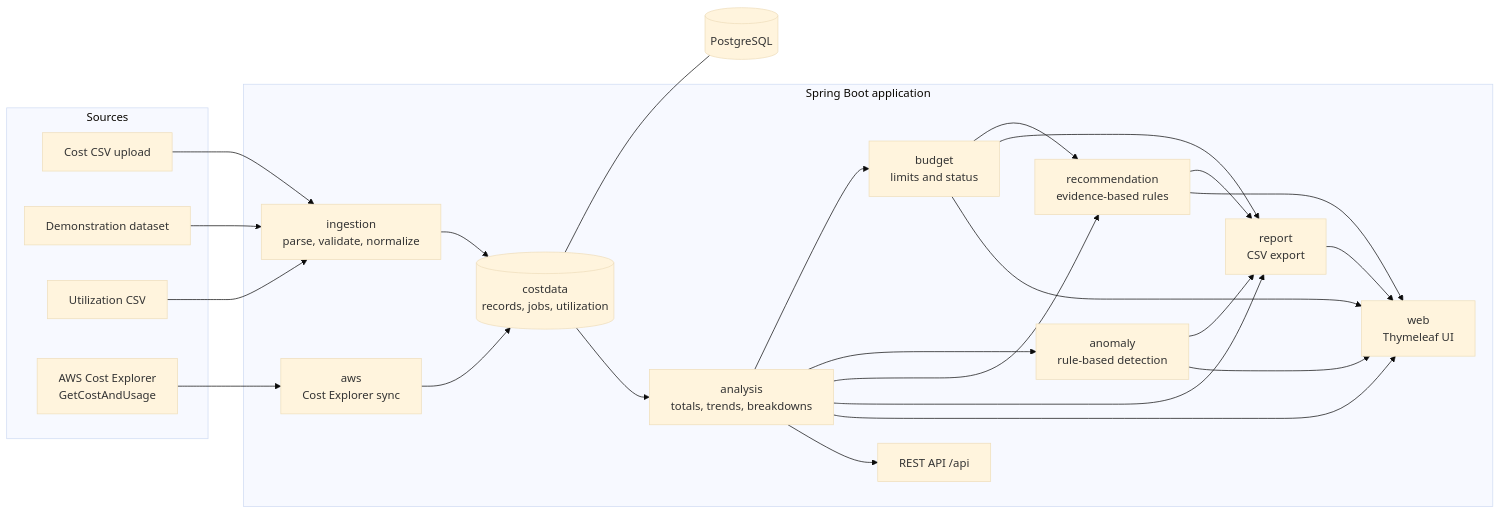
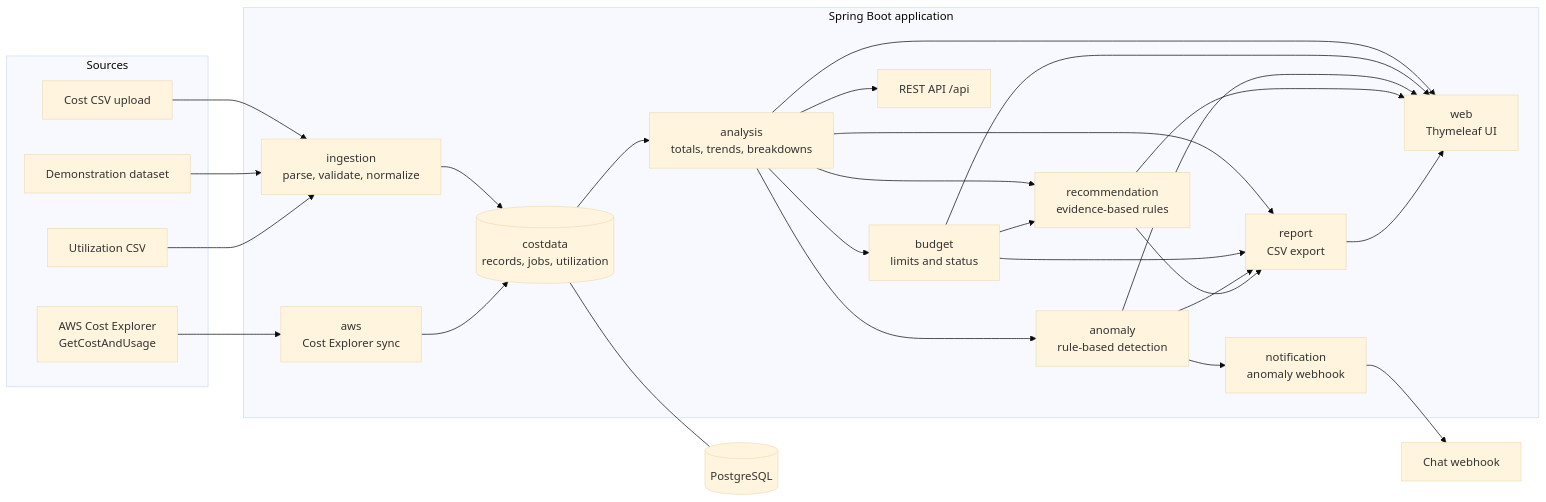
One commit to Kesnath07/cloud-cost-intelligence-platform changed the first of 4 diagrams in docs/architecture.md. Above: the diagram before and after it, drawn with Mermaid (base theme). The commit also changed other lines of this file and 4 other files, not shown here.

````diff
--- a/docs/architecture.md
+++ b/docs/architecture.md
@@ -10,47 +10,50 @@
 ```mermaid
 flowchart LR
     subgraph Sources
         CSV[Cost CSV upload]
         DEMO[Demonstration dataset]
         UTIL[Utilization CSV]
         CE[AWS Cost Explorer<br/>GetCostAndUsage]
     end
 
     subgraph App[Spring Boot application]
         ING[ingestion<br/>parse, validate, normalize]
         AWS[aws<br/>Cost Explorer sync]
         DATA[(costdata<br/>records, jobs, utilization)]
         AN[analysis<br/>totals, trends, breakdowns]
         BUD[budget<br/>limits and status]
         ANO[anomaly<br/>rule-based detection]
         REC[recommendation<br/>evidence-based rules]
         REP[report<br/>CSV export]
+        NOTE[notification<br/>anomaly webhook]
         WEB[web<br/>Thymeleaf UI]
         API[REST API /api]
     end
 
     PG[(PostgreSQL)]
 
     CSV --> ING
     DEMO --> ING
     UTIL --> ING
     CE --> AWS
     ING --> DATA
     AWS --> DATA
     DATA --- PG
     DATA --> AN
     AN --> BUD
     AN --> ANO
     AN --> REC
     BUD --> REC
     AN --> REP
     BUD --> REP
     ANO --> REP
     REC --> REP
+    ANO --> NOTE
+    NOTE --> HOOK[Chat webhook]
     AN --> WEB
     BUD --> WEB
     ANO --> WEB
     REC --> WEB
     REP --> WEB
     AN --> API
 ```
````
